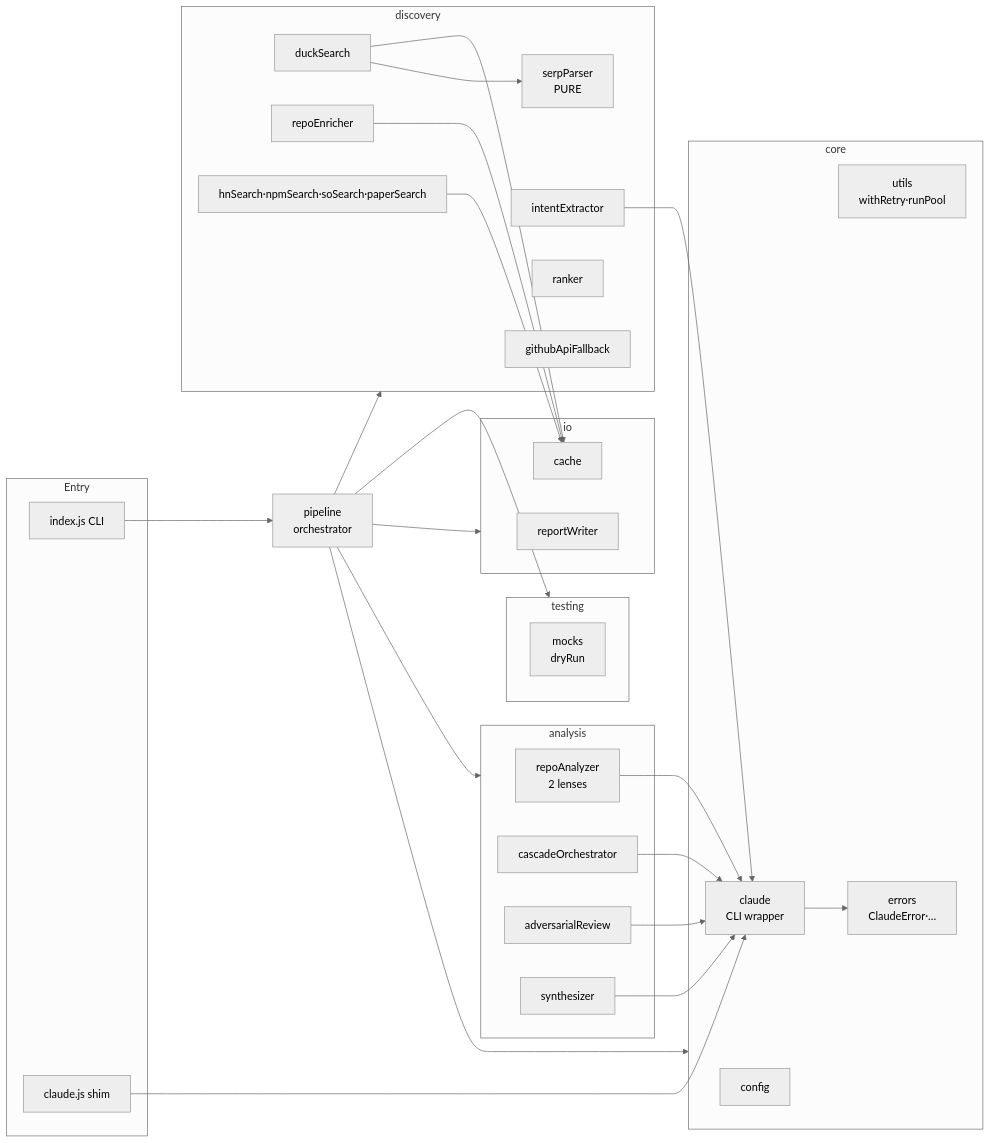
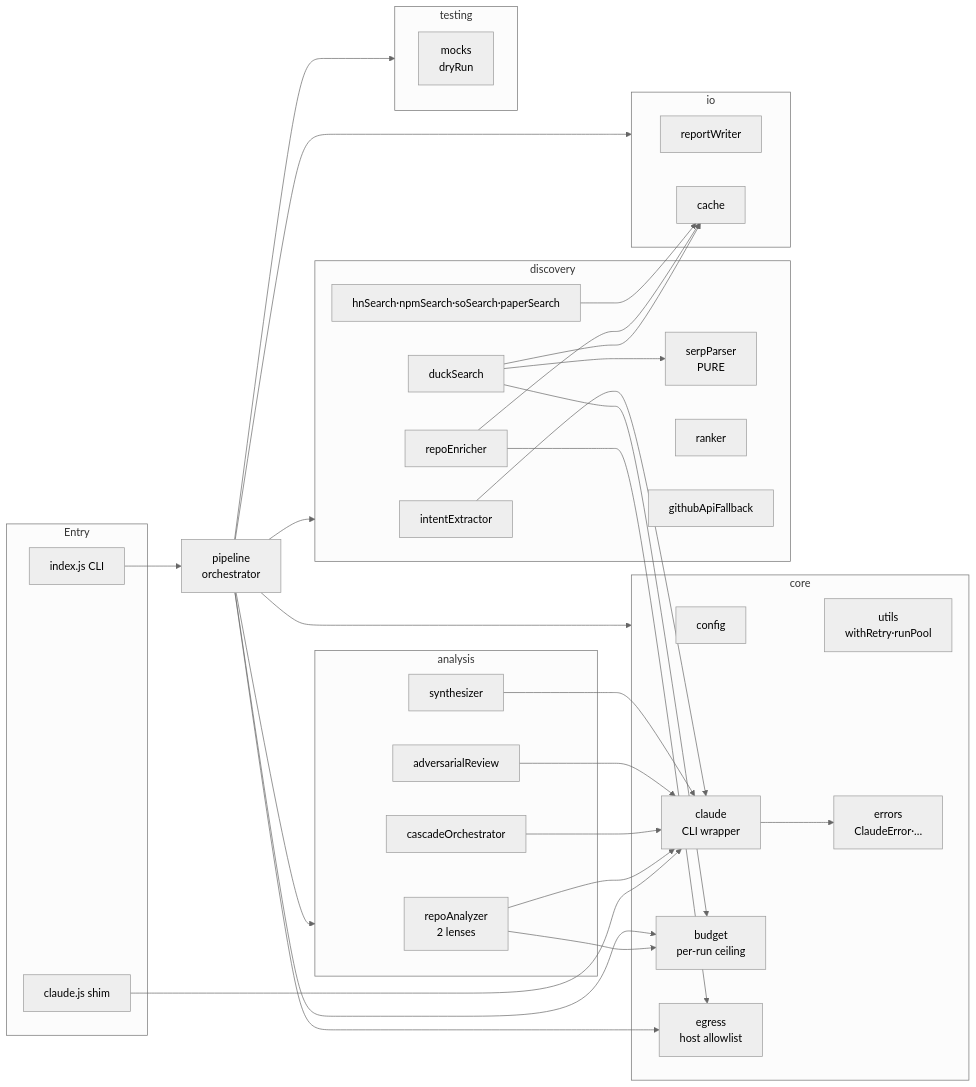
Before and after one commit to G10DC/git-researcher: the second of 2 diagrams in docs/ARCHITECTURE.md, drawn with Mermaid (neutral theme). The commit also changed other lines of this file and 12 other files, not shown here.

````diff
--- a/docs/ARCHITECTURE.md
+++ b/docs/ARCHITECTURE.md
@@ -40,54 +44,61 @@
 ```mermaid
 flowchart LR
     subgraph ENTRY[Entry]
         IDX[index.js CLI]
         SHIM[claude.js shim]
     end
     subgraph CORE[core]
         CFG[config]
         UTL[utils<br/>withRetry·runPool]
         ERR[errors<br/>ClaudeError·…]
         CLD[claude<br/>CLI wrapper]
+        BUD[budget<br/>per-run ceiling]
+        EGR[egress<br/>host allowlist]
     end
     subgraph DISC[discovery]
         IEX[intentExtractor]
         SP[serpParser<br/>PURE]
         DS[duckSearch]
         RE[repoEnricher]
         RK[ranker]
         GAF[githubApiFallback]
         INSP[hnSearch·npmSearch·soSearch·paperSearch]
     end
     subgraph ANA[analysis]
         RA[repoAnalyzer<br/>2 lenses]
         CO[cascadeOrchestrator]
         ADV[adversarialReview]
         SY[synthesizer]
     end
     subgraph IO[io]
         RW[reportWriter]
         CA[cache]
     end
     subgraph TEST[testing]
         MK[mocks<br/>dryRun]
     end
     PL[pipeline<br/>orchestrator]
 
     IDX --> PL
     SHIM --> CLD
     PL --> CORE
     PL --> DISC
     PL --> ANA
     PL --> IO
     PL --> TEST
     DS --> SP
     DS --> CA
     RE --> CA
     INSP --> CA
     IEX --> CLD
     RA --> CLD
     CO --> CLD
     ADV --> CLD
     SY --> CLD
     CLD --> ERR
+    RE --> EGR
+    DS --> BUD
+    RA --> BUD
+    PL --> BUD
+    PL --> EGR
 ```
````
